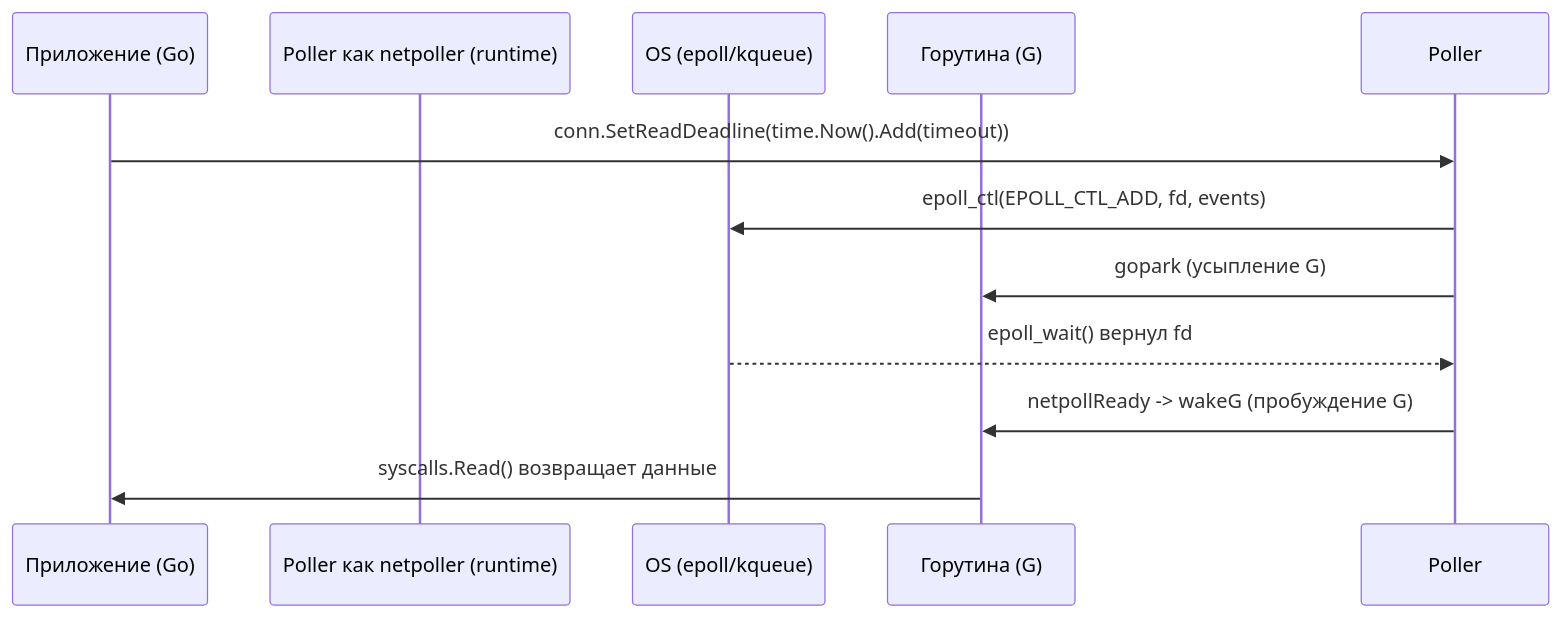
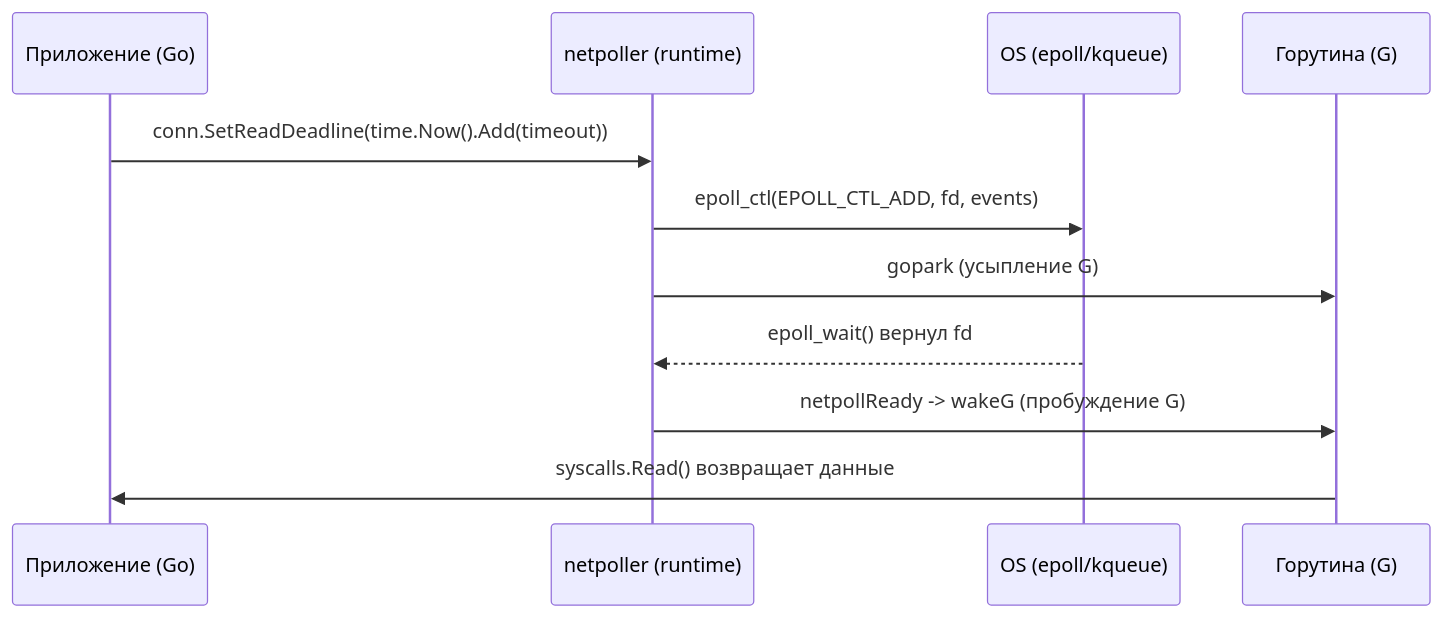
Before and after one commit to UnrealTemplier/go-textbook: the first of 2 diagrams in sources/3. Компьютерные сети и сетевой стек/38. Как Go работает с сетью. net, net_http, netpoller, epoll.md, drawn with Mermaid. The commit also changed other lines of this file, not shown here.

Commit message:
feat(module-03): editorial rewrite of Lecture 38 (How Go works with network: net, net_http, netpoller, epoll) in Kernighan style

````diff
--- a/sources/3. Компьютерные сети и сетевой стек/38. Как Go работает с сетью. net, net_http, netpoller, epoll.md
+++ b/sources/3. Компьютерные сети и сетевой стек/38. Как Go работает с сетью. net, net_http, netpoller, epoll.md
@@ -35,14 +59,14 @@
 ```mermaid
 sequenceDiagram
     participant App as Приложение (Go)
-    participant Poller как netpoller (runtime)
+    participant Poller as netpoller (runtime)
     participant OS as OS (epoll/kqueue)
     participant Gor as Горутина (G)
 
     App->>Poller: conn.SetReadDeadline(time.Now().Add(timeout))
     Poller->>OS: epoll_ctl(EPOLL_CTL_ADD, fd, events)
     Poller->>Gor: gopark (усыпление G)
     OS-->>Poller: epoll_wait() вернул fd
     Poller->>Gor: netpollReady -> wakeG (пробуждение G)
     Gor->>App: syscalls.Read() возвращает данные
 ```
````
